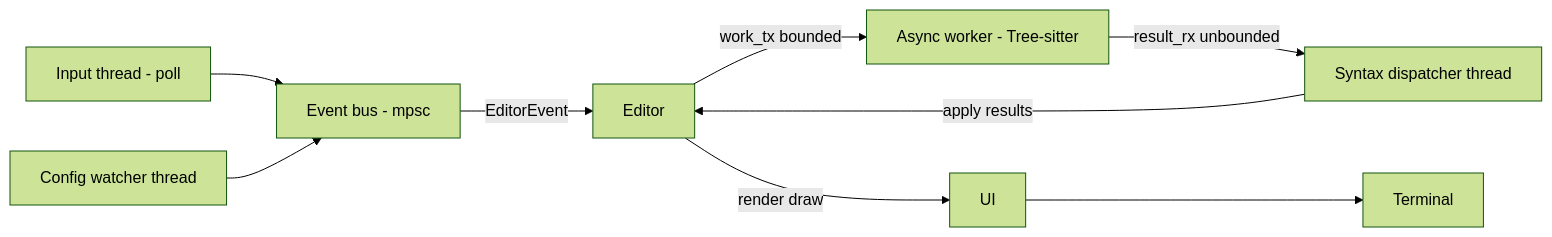
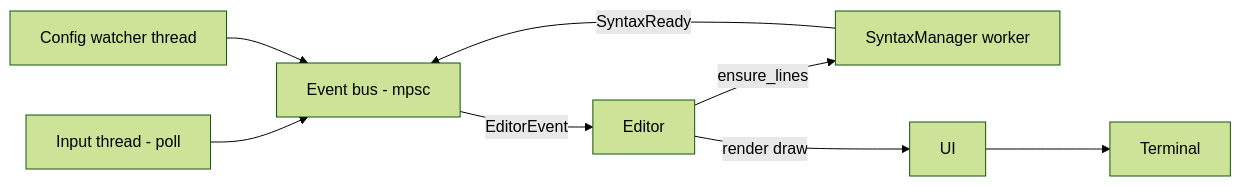
Before and after one commit to freddiehaddad/oxidized: the third of 15 diagrams in docs/ARCHITECTURE.md, drawn with Mermaid (forest theme). The commit also changed other lines of this file and 6 other files, not shown here.

First line of the commit message:
docs(syntax): align docs with SyntaxManager model

````diff
--- a/docs/ARCHITECTURE.md
+++ b/docs/ARCHITECTURE.md
@@ -537,11 +533,10 @@
 ```mermaid
 graph LR
   Input[Input thread - poll] --> Bus[Event bus - mpsc]
   Config[Config watcher thread] --> Bus
   Bus -->|EditorEvent| Editor
-  Editor -->|work_tx bounded| Worker[Async worker - Tree-sitter]
-  Worker -->|result_rx unbounded| Dispatcher[Syntax dispatcher thread]
-  Dispatcher -->|apply results| Editor
+  Editor -->|ensure_lines| Worker[SyntaxManager worker]
+  Worker -->|SyntaxReady| Bus
   Editor -->|render draw| UI[UI]
   UI --> Terminal[Terminal]
 ```
````
